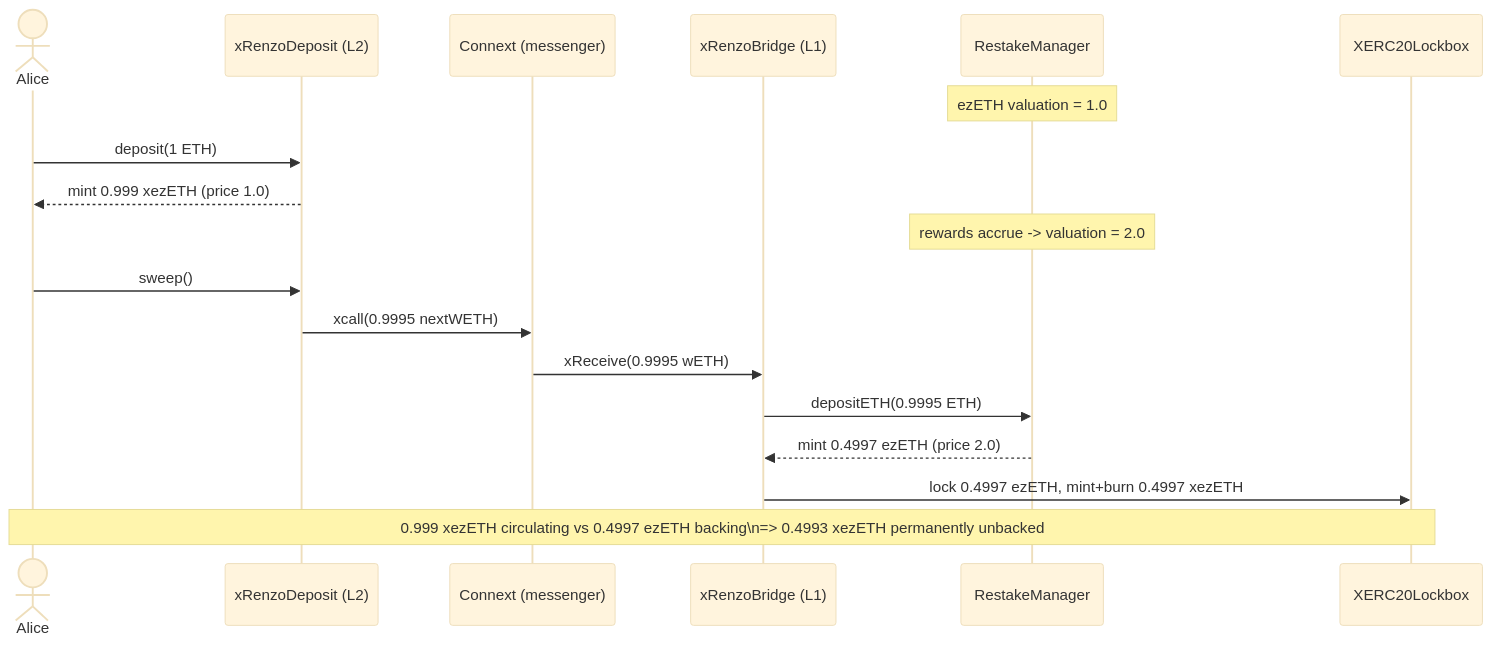
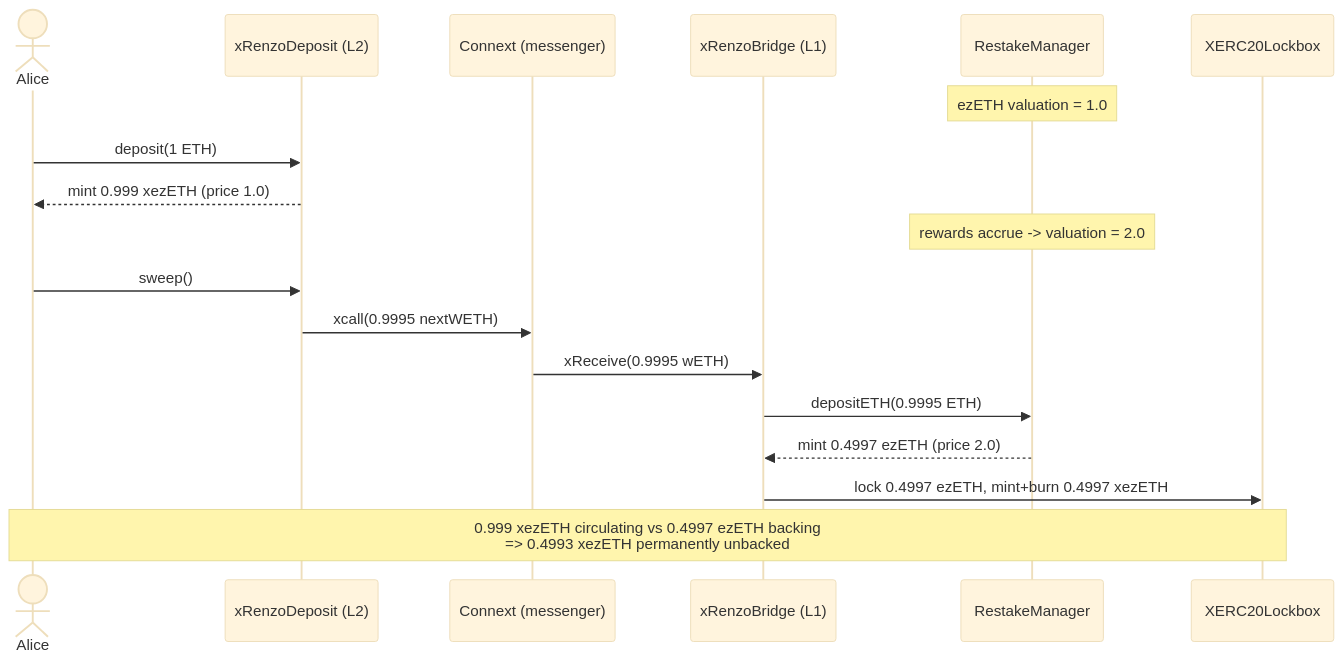
One commit to sanbir/evm-hack-registry changed the diagram in 33493-h-06-the-amount-of-xezeth-in-circulation-will-not-represent_exp/33493-h-06-the-amount-of-xezeth-in-circulation-will-not-represent_exp.md. Above: the diagram before and after it, drawn with Mermaid (base theme). The commit also changed 23 other files, not shown here.

````diff
--- a/33493-h-06-the-amount-of-xezeth-in-circulation-will-not-represent_exp/33493-h-06-the-amount-of-xezeth-in-circulation-will-not-represent_exp.md
+++ b/33493-h-06-the-amount-of-xezeth-in-circulation-will-not-represent_exp/33493-h-06-the-amount-of-xezeth-in-circulation-will-not-represent_exp.md
@@ -53,20 +53,20 @@
 ```mermaid
 sequenceDiagram
     actor Alice
     participant L2 as xRenzoDeposit (L2)
     participant CX as Connext (messenger)
     participant BR as xRenzoBridge (L1)
     participant RM as RestakeManager
     participant LB as XERC20Lockbox
     Note over RM: ezETH valuation = 1.0
     Alice->>L2: deposit(1 ETH)
     L2-->>Alice: mint 0.999 xezETH  (price 1.0)
     Note over RM: rewards accrue -> valuation = 2.0
     Alice->>L2: sweep()
     L2->>CX: xcall(0.9995 nextWETH)
     CX->>BR: xReceive(0.9995 wETH)
     BR->>RM: depositETH(0.9995 ETH)
     RM-->>BR: mint 0.4997 ezETH  (price 2.0)
     BR->>LB: lock 0.4997 ezETH, mint+burn 0.4997 xezETH
-    Note over Alice,LB: 0.999 xezETH circulating vs 0.4997 ezETH backing\n=> 0.4993 xezETH permanently unbacked
+    Note over Alice,LB: 0.999 xezETH circulating vs 0.4997 ezETH backing<br/>=> 0.4993 xezETH permanently unbacked
 ```
````
